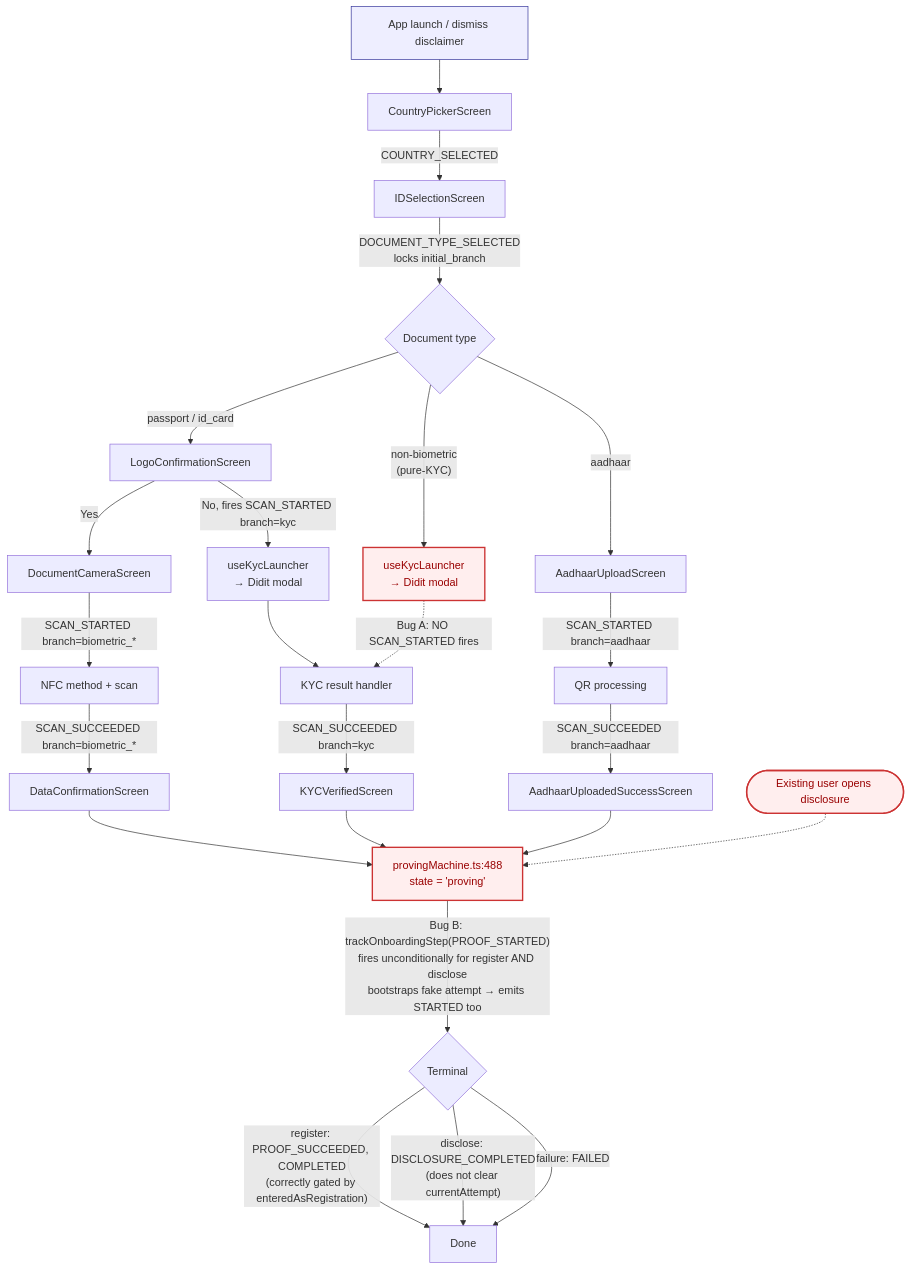
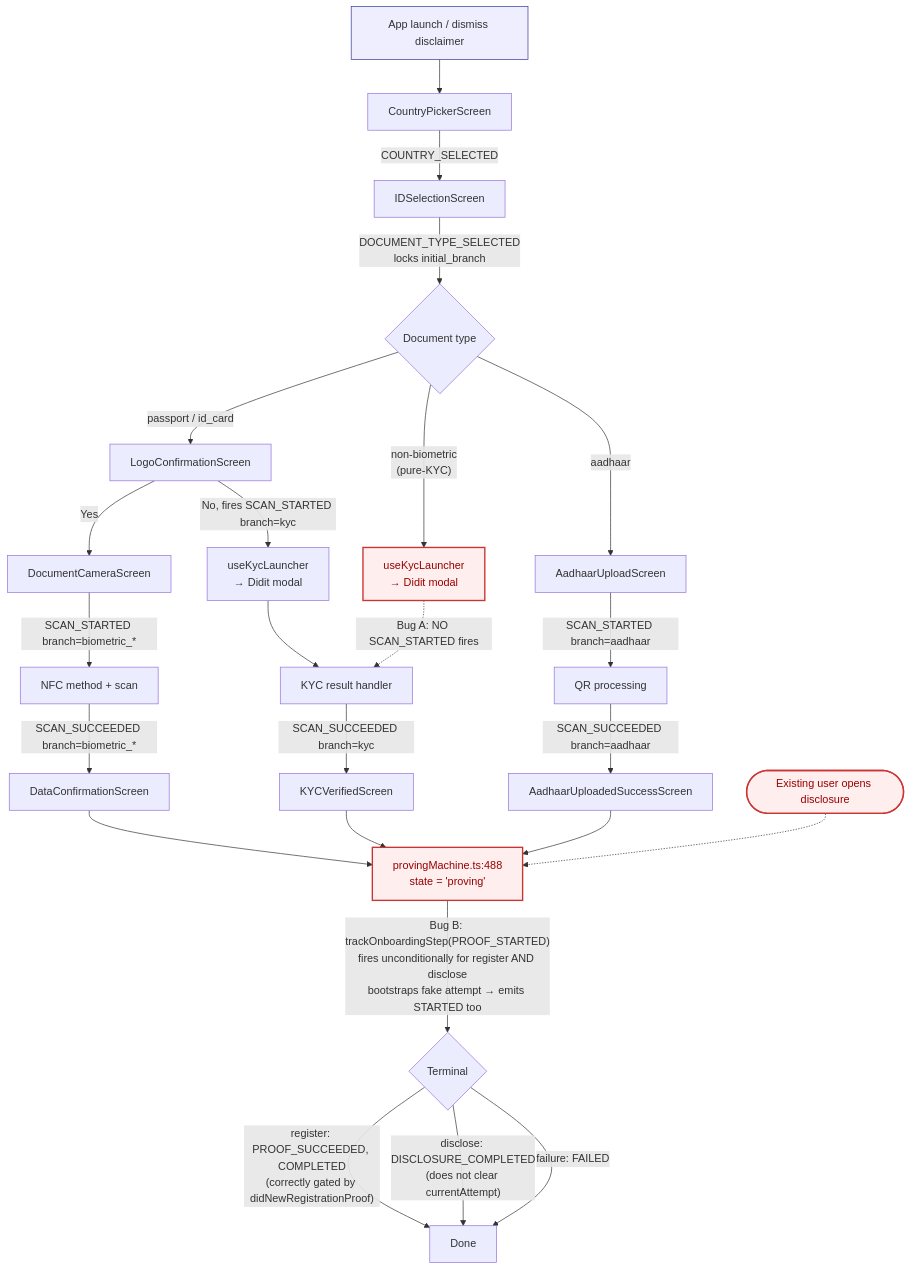
The first of 2 diagrams in specs/projects/sdk/workstreams/analytics/plans/ANA-11-canonical-funnel-bug-fixes.md (selfxyz/self), drawn with Mermaid before and after one commit. The commit also changed other lines of this file and 2 other files, not shown here.

First line of the commit message:
fix(analytics): tighten PROOF_STARTED to register-only and emit FAILED for DSC failures

````diff
--- a/specs/projects/sdk/workstreams/analytics/plans/ANA-11-canonical-funnel-bug-fixes.md
+++ b/specs/projects/sdk/workstreams/analytics/plans/ANA-11-canonical-funnel-bug-fixes.md
@@ -67,41 +72,41 @@
 ```mermaid
 flowchart TD
     A[App launch / dismiss disclaimer]
     A --> B[CountryPickerScreen]
     B -->|COUNTRY_SELECTED| C[IDSelectionScreen]
     C -->|"DOCUMENT_TYPE_SELECTED<br/>locks initial_branch"| D{Document type}
 
     D -->|passport / id_card| E[LogoConfirmationScreen]
     D -->|"non-biometric<br/>(pure-KYC)"| K1["useKycLauncher<br/>→ Didit modal"]
     D -->|aadhaar| AA[AadhaarUploadScreen]
 
     E -->|"Yes"| F[DocumentCameraScreen]
     E -->|"No, fires SCAN_STARTED branch=kyc"| K2["useKycLauncher<br/>→ Didit modal"]
 
     F -->|"SCAN_STARTED branch=biometric_*"| G[NFC method + scan]
     G -->|"SCAN_SUCCEEDED branch=biometric_*"| H[DataConfirmationScreen]
 
     K1 -.->|"Bug A: NO SCAN_STARTED fires"| KR[KYC result handler]
     K2 --> KR
     KR -->|"SCAN_SUCCEEDED branch=kyc"| KV[KYCVerifiedScreen]
 
     AA -->|"SCAN_STARTED branch=aadhaar"| AP[QR processing]
     AP -->|"SCAN_SUCCEEDED branch=aadhaar"| AS[AadhaarUploadedSuccessScreen]
 
     H --> P["provingMachine.ts:488<br/>state = 'proving'"]
     KV --> P
     AS --> P
     DX([Existing user opens disclosure]) -.-> P
 
     P -->|"Bug B: trackOnboardingStep(PROOF_STARTED)<br/>fires unconditionally for register AND disclose<br/>bootstraps fake attempt → emits STARTED too"| T{Terminal}
-    T -->|"register: PROOF_SUCCEEDED, COMPLETED<br/>(correctly gated by enteredAsRegistration)"| Z[Done]
+    T -->|"register: PROOF_SUCCEEDED, COMPLETED<br/>(correctly gated by didNewRegistrationProof)"| Z[Done]
     T -->|"disclose: DISCLOSURE_COMPLETED<br/>(does not clear currentAttempt)"| Z
     T -->|"failure: FAILED"| Z
 
     A:::start
     K1:::bug
     P:::bug
     DX:::bug
     classDef bug fill:#fee,stroke:#c33,stroke-width:2px,color:#900
     classDef start fill:#eef,stroke:#339,stroke-width:1px
 ```
````
